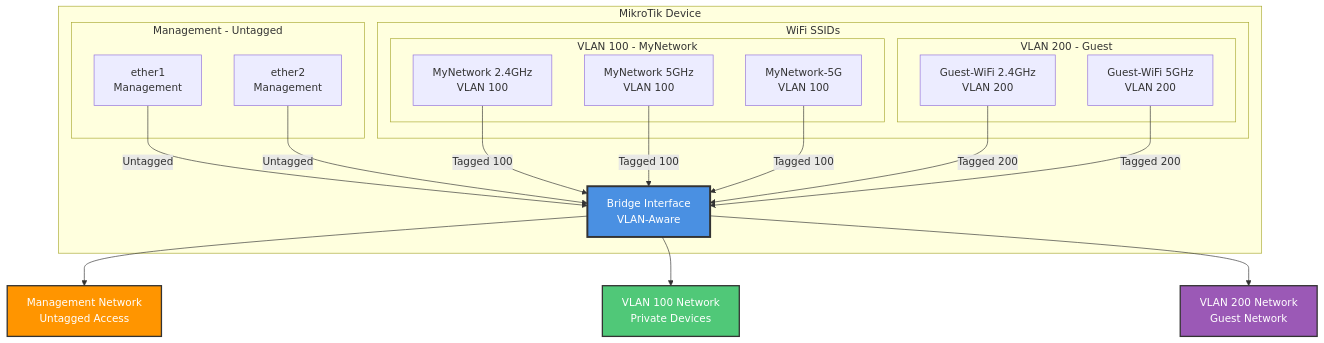
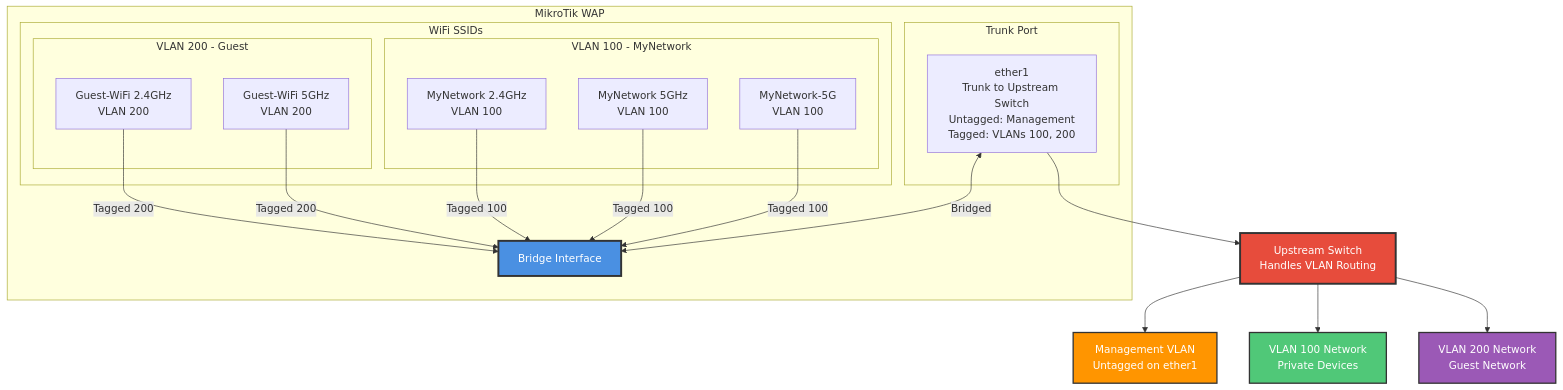
One commit to NickBorgers/mikrotik-as-wap-configurator changed the diagram in README.md. Above: the diagram before and after it, drawn with Mermaid. The commit also changed other lines of this file and 6 other files, not shown here.

First line of the commit message:
Add disabledInterfaces config and update to single trunk port topology

````diff
--- a/README.md
+++ b/README.md
@@ -10,41 +10,41 @@
 ```mermaid
 graph TB
-    subgraph "MikroTik Device"
-        Bridge[Bridge Interface<br/>VLAN-Aware]
+    subgraph "MikroTik WAP"
+        Bridge[Bridge Interface]
 
-        subgraph "Management - Untagged"
-            Ether1[ether1<br/>Management]
-            Ether2[ether2<br/>Management]
+        subgraph "Trunk Port"
+            Ether1[ether1<br/>Trunk to Upstream Switch<br/>Untagged: Management<br/>Tagged: VLANs 100, 200]
         end
 
         subgraph "WiFi SSIDs"
             subgraph "VLAN 100 - MyNetwork"
                 SSID1_24[MyNetwork 2.4GHz<br/>VLAN 100]
                 SSID1_5[MyNetwork 5GHz<br/>VLAN 100]
                 SSID2_5[MyNetwork-5G<br/>VLAN 100]
             end
 
             subgraph "VLAN 200 - Guest"
                 SSID3_24[Guest-WiFi 2.4GHz<br/>VLAN 200]
                 SSID3_5[Guest-WiFi 5GHz<br/>VLAN 200]
             end
         end
 
-        Ether1 -->|Untagged| Bridge
-        Ether2 -->|Untagged| Bridge
+        Ether1 <-->|Bridged| Bridge
         SSID1_24 -->|Tagged 100| Bridge
         SSID1_5 -->|Tagged 100| Bridge
         SSID2_5 -->|Tagged 100| Bridge
         SSID3_24 -->|Tagged 200| Bridge
         SSID3_5 -->|Tagged 200| Bridge
     end
 
-    Bridge --> MgmtNet[Management Network<br/>Untagged Access]
-    Bridge --> VLAN100Net[VLAN 100 Network<br/>Private Devices]
-    Bridge --> VLAN200Net[VLAN 200 Network<br/>Guest Network]
+    Ether1 --> Switch[Upstream Switch<br/>Handles VLAN Routing]
+    Switch --> MgmtNet[Management VLAN<br/>Untagged on ether1]
+    Switch --> VLAN100Net[VLAN 100 Network<br/>Private Devices]
+    Switch --> VLAN200Net[VLAN 200 Network<br/>Guest Network]
 
     style Bridge fill:#4a90e2,stroke:#333,stroke-width:3px,color:#fff
+    style Switch fill:#e74c3c,stroke:#333,stroke-width:3px,color:#fff
     style MgmtNet fill:#ff9500,stroke:#333,stroke-width:2px,color:#fff
     style VLAN100Net fill:#50c878,stroke:#333,stroke-width:2px,color:#fff
     style VLAN200Net fill:#9b59b6,stroke:#333,stroke-width:2px,color:#fff
 ```
````
